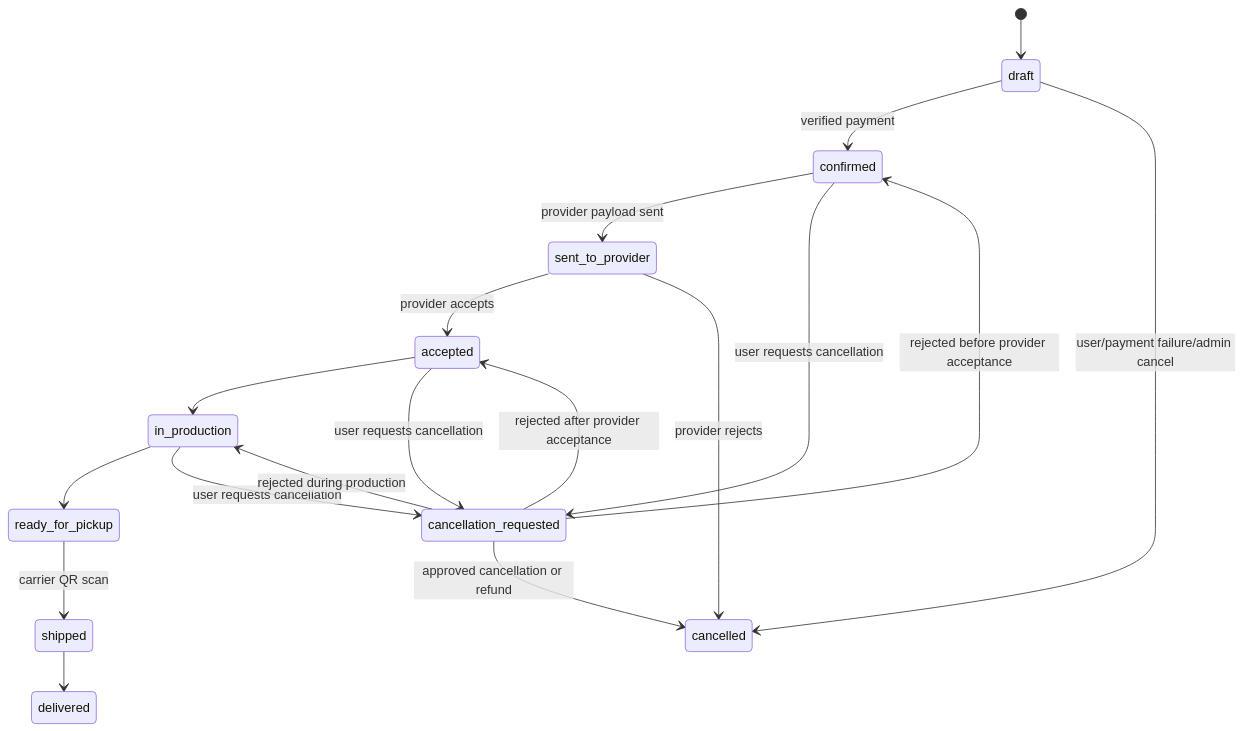
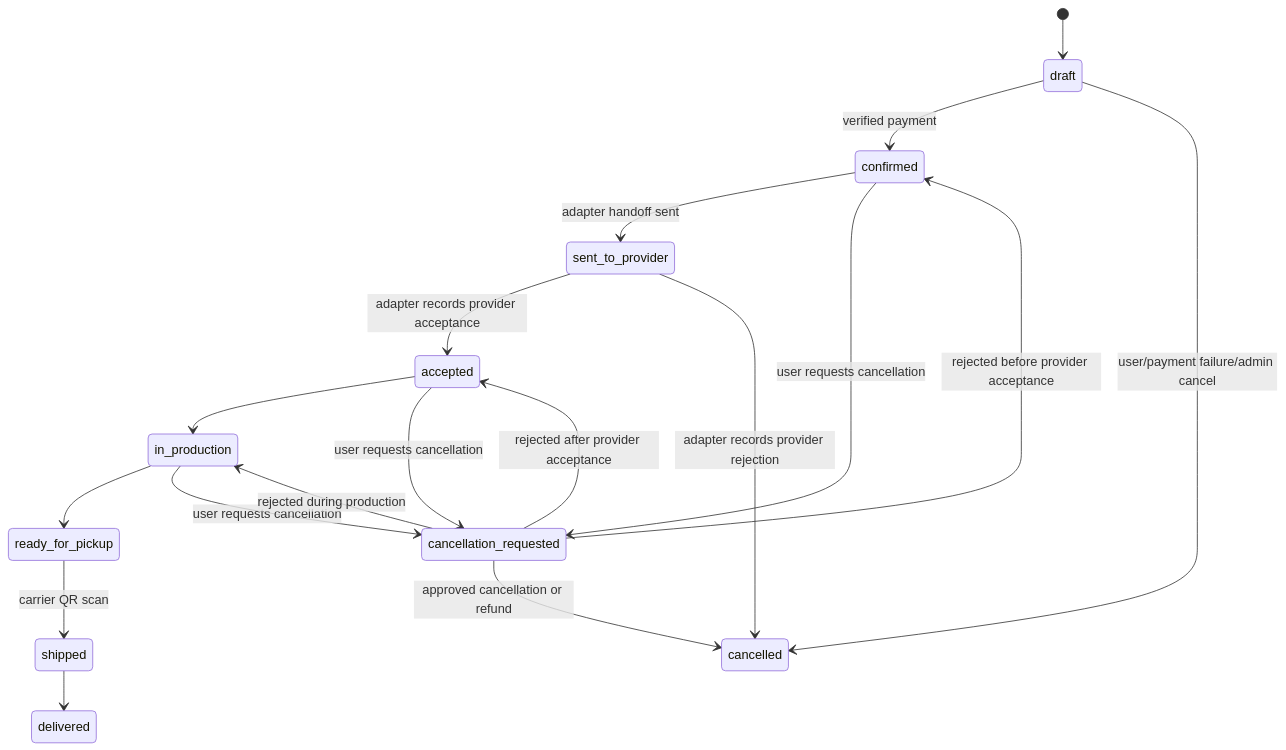
One commit to jovillal/placamia changed the second of 2 diagrams in docs/flows/main-flow.md. Above: the diagram before and after it, drawn with Mermaid. The commit also changed other lines of this file and 18 other files, not shown here.

Commit message:
docs: define provider adapter contract roadmap

````diff
--- a/docs/flows/main-flow.md
+++ b/docs/flows/main-flow.md
@@ -133,20 +135,20 @@
 ```mermaid
 stateDiagram-v2
     [*] --> draft
     draft --> confirmed: verified payment
-    confirmed --> sent_to_provider: provider payload sent
-    sent_to_provider --> accepted: provider accepts
-    sent_to_provider --> cancelled: provider rejects
+    confirmed --> sent_to_provider: adapter handoff sent
+    sent_to_provider --> accepted: adapter records provider acceptance
+    sent_to_provider --> cancelled: adapter records provider rejection
     accepted --> in_production
     in_production --> ready_for_pickup
     ready_for_pickup --> shipped: carrier QR scan
     shipped --> delivered
     draft --> cancelled: user/payment failure/admin cancel
     confirmed --> cancellation_requested: user requests cancellation
     accepted --> cancellation_requested: user requests cancellation
     in_production --> cancellation_requested: user requests cancellation
     cancellation_requested --> cancelled: approved cancellation or refund
     cancellation_requested --> confirmed: rejected before provider acceptance
     cancellation_requested --> accepted: rejected after provider acceptance
     cancellation_requested --> in_production: rejected during production
 ```
````
